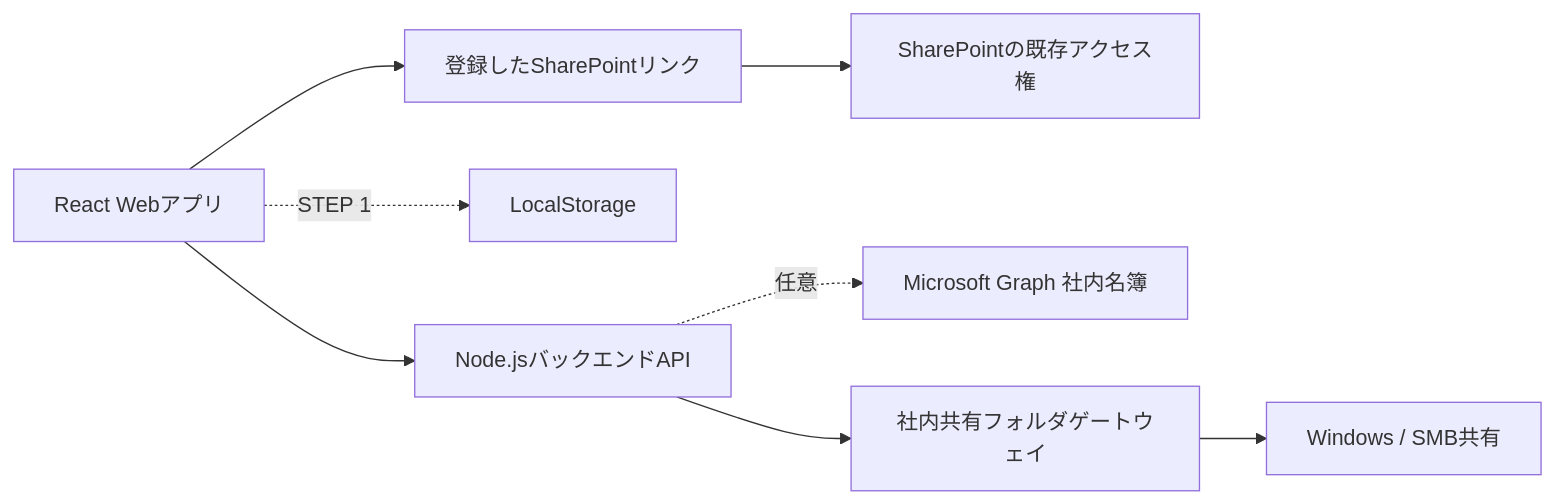
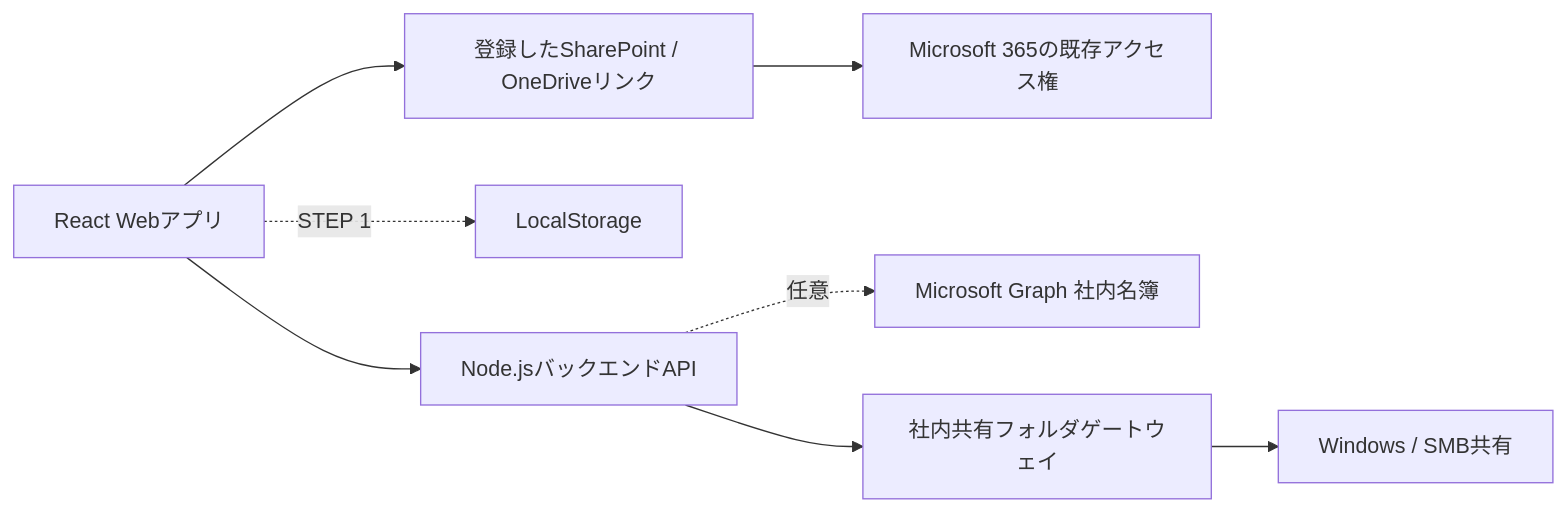
The diagram in README.md (waragamef-png/approval-circulation-app), drawn with Mermaid before and after one commit. The commit also changed other lines of this file and 2 other files, not shown here.

````diff
--- a/README.md
+++ b/README.md
@@ -27,10 +27,10 @@
 ```mermaid
 flowchart LR
   Browser["React Webアプリ"] --> API["Node.jsバックエンドAPI"]
   Browser -. "STEP 1" .-> LocalStorage["LocalStorage"]
-  Browser --> Link["登録したSharePointリンク"]
-  Link --> SharePoint["SharePointの既存アクセス権"]
+  Browser --> Link["登録したSharePoint / OneDriveリンク"]
+  Link --> Microsoft365["Microsoft 365の既存アクセス権"]
   API -. "任意" .-> Graph["Microsoft Graph 社内名簿"]
   API --> Gateway["社内共有フォルダゲートウェイ"]
   Gateway --> SMB["Windows / SMB共有"]
 ```
````
